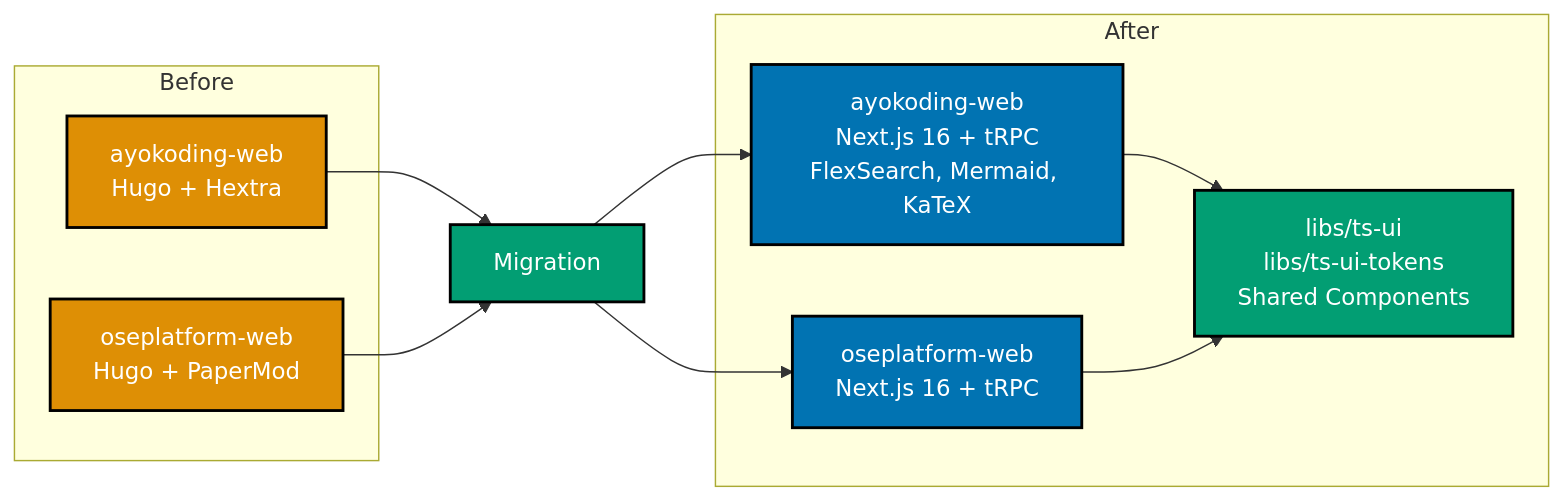
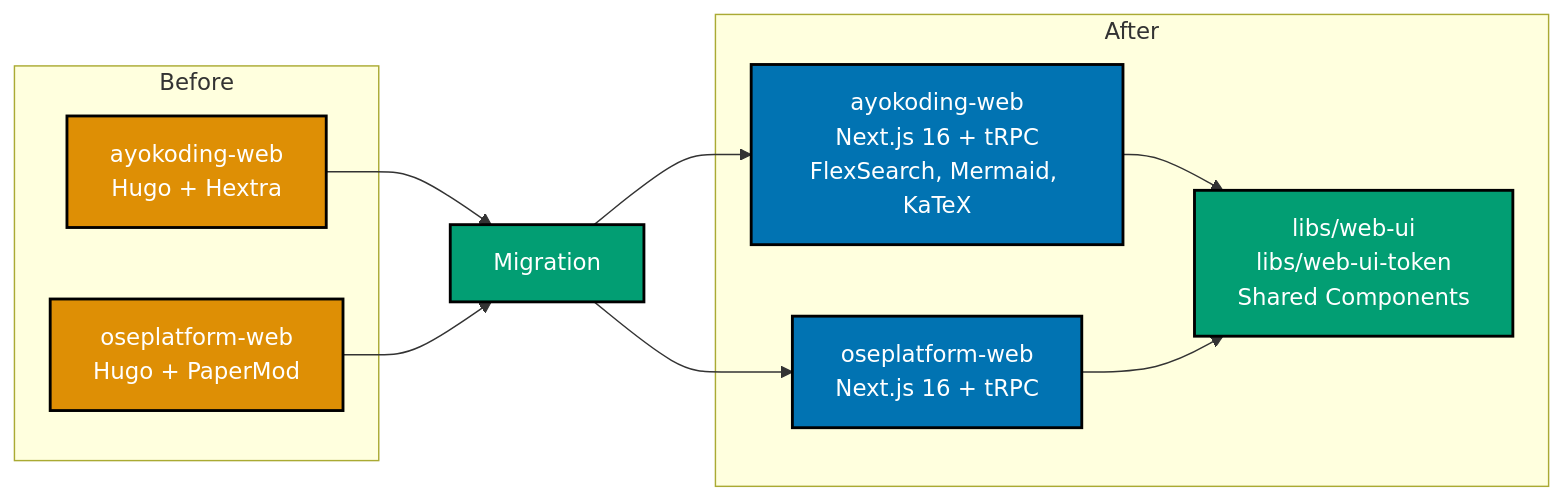
Before and after one commit to wahidyankf/open-sharia-enterprise: the third of 5 diagrams in apps/oseplatform-web/content/updates/2026-04-05-phase-1-week-8-wide-to-learn-narrow-to-ship.md, drawn with Mermaid. The commit also changed other lines of this file and 77 other files, not shown here.

````diff
--- a/apps/oseplatform-web/content/updates/2026-04-05-phase-1-week-8-wide-to-learn-narrow-to-ship.md
+++ b/apps/oseplatform-web/content/updates/2026-04-05-phase-1-week-8-wide-to-learn-narrow-to-ship.md
@@ -322,27 +322,27 @@
 ```mermaid
 %% Color Palette: Orange #DE8F05 (before), Blue #0173B2 (after), Teal #029E73 (shared)
 graph LR
     subgraph Before
         AH["ayokoding-web<br/>Hugo + Hextra"]:::before
         OH["oseplatform-web<br/>Hugo + PaperMod"]:::before
     end
 
     M["Migration"]:::shared
 
     subgraph After
         AN["ayokoding-web<br/>Next.js 16 + tRPC<br/>FlexSearch, Mermaid, KaTeX"]:::after
         ON["oseplatform-web<br/>Next.js 16 + tRPC"]:::after
-        UI["libs/ts-ui<br/>libs/ts-ui-tokens<br/>Shared Components"]:::shared
+        UI["libs/web-ui<br/>libs/web-ui-token<br/>Shared Components"]:::shared
     end
 
     AH --> M
     OH --> M
     M --> AN
     M --> ON
     AN --> UI
     ON --> UI
 
     classDef before fill:#DE8F05,stroke:#000000,color:#FFFFFF,stroke-width:2px
     classDef after fill:#0173B2,stroke:#000000,color:#FFFFFF,stroke-width:2px
     classDef shared fill:#029E73,stroke:#000000,color:#FFFFFF,stroke-width:2px
 ```
````
